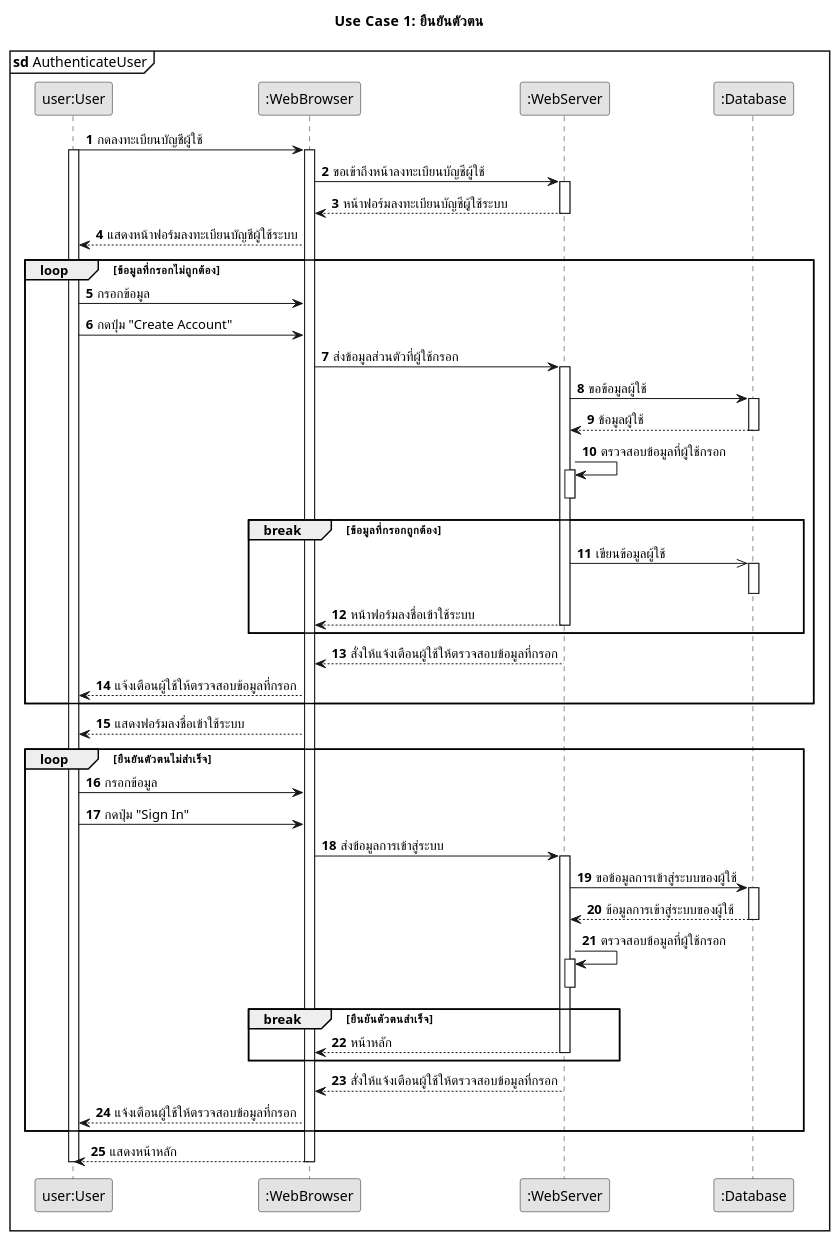
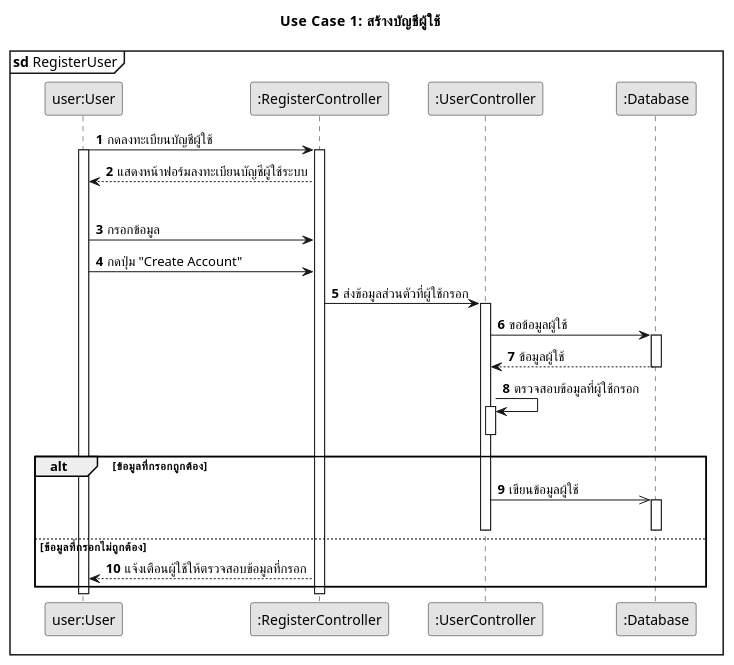
The diagram in Documentation/design/diagrams/source/aqkids-sequence-uc1.puml (SaluteKevin/AQkid), drawn with PlantUML before and after one commit. The commit also changed 39 other files, not shown here.

Commit message:
Revise diagrams -- final

```diff
--- a/Documentation/design/diagrams/source/aqkids-sequence-uc1.puml
+++ b/Documentation/design/diagrams/source/aqkids-sequence-uc1.puml
@@ -1,106 +1,59 @@
 @startuml
 skinparam monochrome true
 skinparam defaultFontName Sarabun
 autonumber
 
-title Use Case 1: ยืนยันตัวตน
-mainframe **sd** AuthenticateUser
+title Use Case 1: สร้างบัญชีผู้ใช้
+mainframe **sd** RegisterUser
 
 participant "user:User" as User
-participant ":WebBrowser" as Browser
-participant ":WebServer" as Server
+participant ":RegisterController" as RegisterController
+participant ":UserController" as UserController
 participant ":Database" as Database
 
-User -> Browser: กดลงทะเบียนบัญชีผู้ใช้
+User -> RegisterController: กดลงทะเบียนบัญชีผู้ใช้
 
 activate User
 
-activate Browser
-Browser -> Server: ขอเข้าถึงหน้าลงทะเบียนบัญชีผู้ใช้
-
-activate Server
-Server --> Browser: หน้าฟอร์มลงทะเบียนบัญชีผู้ใช้ระบบ
-deactivate Server
-
-Browser --> User: แสดงหน้าฟอร์มลงทะเบียนบัญชีผู้ใช้ระบบ
+activate RegisterController
+RegisterController --> User: แสดงหน้าฟอร์มลงทะเบียนบัญชีผู้ใช้ระบบ
 
 ' loop 1
 loop ข้อมูลที่กรอกไม่ถูกต้อง
 
-User -> Browser: กรอกข้อมูล
-User -> Browser: กดปุ่ม "Create Account"
-Browser -> Server: ส่งข้อมูลส่วนตัวที่ผู้ใช้กรอก
+User -> RegisterController: กรอกข้อมูล
+User -> RegisterController: กดปุ่ม "Create Account"
+RegisterController -> UserController: ส่งข้อมูลส่วนตัวที่ผู้ใช้กรอก
 
-activate Server
-Server -> Database: ขอข้อมูลผู้ใช้
+activate UserController
+UserController -> Database: ขอข้อมูลผู้ใช้
 
 activate Database
-Database --> Server: ข้อมูลผู้ใช้
+Database --> UserController: ข้อมูลผู้ใช้
 deactivate Database
 
-Server -> Server: ตรวจสอบข้อมูลที่ผู้ใช้กรอก
+UserController -> UserController: ตรวจสอบข้อมูลที่ผู้ใช้กรอก
 
-activate Server
-deactivate Server
+activate UserController
+deactivate UserController
 
-break ข้อมูลที่กรอกถูกต้อง
+' alt 1
+alt ข้อมูลที่กรอกถูกต้อง
 
-Server ->> Database: เขียนข้อมูลผู้ใช้
+UserController ->> Database: เขียนข้อมูลผู้ใช้
 
 activate Database
 deactivate Database
+deactivate UserController
 
-Server --> Browser: หน้าฟอร์มลงชื่อเข้าใช้ระบบ
-deactivate Server
+else ข้อมูลที่กรอกไม่ถูกต้อง
 
-' break 1.1
+RegisterController --> User: แจ้งเตือนผู้ใช้ให้ตรวจสอบข้อมูลที่กรอก
+
+' alt 1
 end
 
-Server --> Browser: สั่งให้แจ้งเตือนผู้ใช้ให้ตรวจสอบข้อมูลที่กรอก
-Browser --> User: แจ้งเตือนผู้ใช้ให้ตรวจสอบข้อมูลที่กรอก
-
-' loop 1
-end
-
-Browser --> User: แสดงฟอร์มลงชื่อเข้าใช้ระบบ
-
-' loop 2
-loop ยืนยันตัวตนไม่สำเร็จ
-
-User -> Browser: กรอกข้อมูล
-User -> Browser: กดปุ่ม "Sign In"
-Browser -> Server: ส่งข้อมูลการเข้าสู่ระบบ
-
-activate Server
-Server -> Database: ขอข้อมูลการเข้าสู่ระบบของผู้ใช้
-
-activate Database
-Database --> Server: ข้อมูลการเข้าสู่ระบบของผู้ใช้
-deactivate Database
-
-Server -> Server: ตรวจสอบข้อมูลที่ผู้ใช้กรอก
-
-activate Server
-deactivate Server
-
-' break 2.1
-break ยืนยันตัวตนสำเร็จ
-
-Server --> Browser: หน้าหลัก
-deactivate Server
-
-' break 2.1
-end
-
-Server --> Browser: สั่งให้แจ้งเตือนผู้ใช้ให้ตรวจสอบข้อมูลที่กรอก
-Browser --> User: แจ้งเตือนผู้ใช้ให้ตรวจสอบข้อมูลที่กรอก
-
-' loop 2
-end
-
-Browser --> User: แสดงหน้าหลัก
-
-deactivate Browser
+deactivate RegisterController
 
 deactivate User
 @enduml
```
